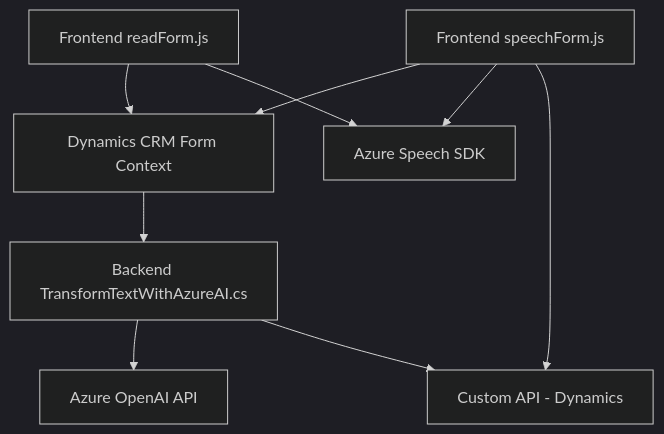
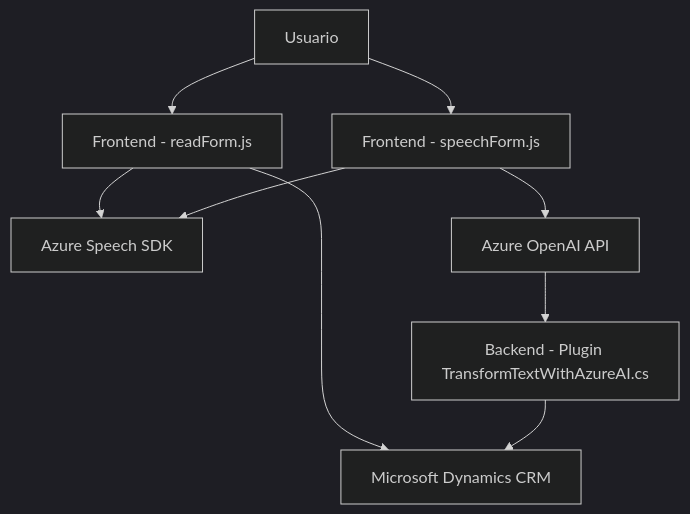
Before and after one commit to blopezdm/NETCORE_BILBAO2025: the diagram in README.md, drawn with Mermaid (dark theme). The commit also changed other lines of this file, not shown here.

````diff
--- a/README.md
+++ b/README.md
@@ -36,19 +23,19 @@
 ```mermaid
 graph TD
-    A["Frontend readForm.js"]
-    B["Frontend speechForm.js"]
-    C["Backend TransformTextWithAzureAI.cs"]
-    D["Dynamics CRM Form Context"]
-    E["Azure Speech SDK"]
-    F["Azure OpenAI API"]
-    G["Custom API - Dynamics"]
+  A["Usuario"]
+  B["Frontend - readForm.js"]
+  C["Frontend - speechForm.js"]
+  D["Backend - Plugin TransformTextWithAzureAI.cs"]
+  E["Azure Speech SDK"]
+  F["Azure OpenAI API"]
+  G["Microsoft Dynamics CRM"]
 
-    A --> D
-    B --> D
-    A --> E
-    B --> E
-    B --> G
-    D --> C
-    C --> F
-    C --> G
+  A --> B
+  B --> E
+  A --> C
+  C --> E
+  C --> F
+  F --> D
+  B --> G
+  D --> G
 ```
````
